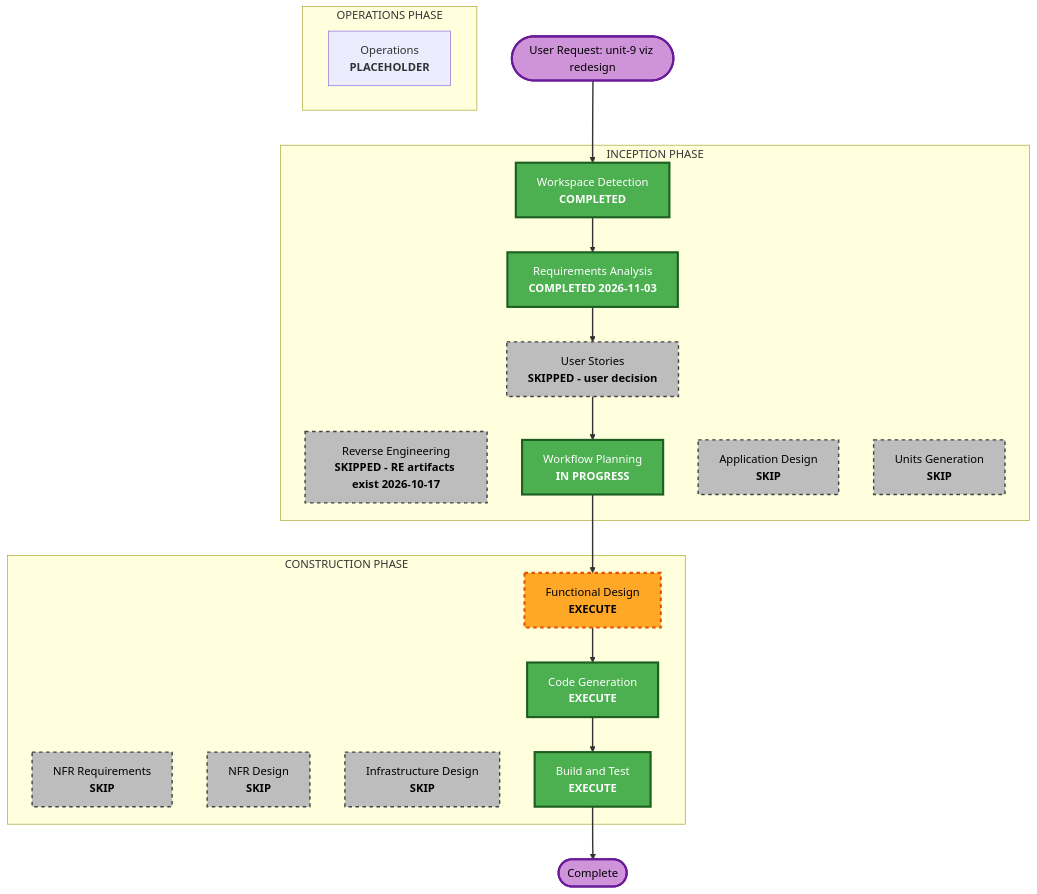
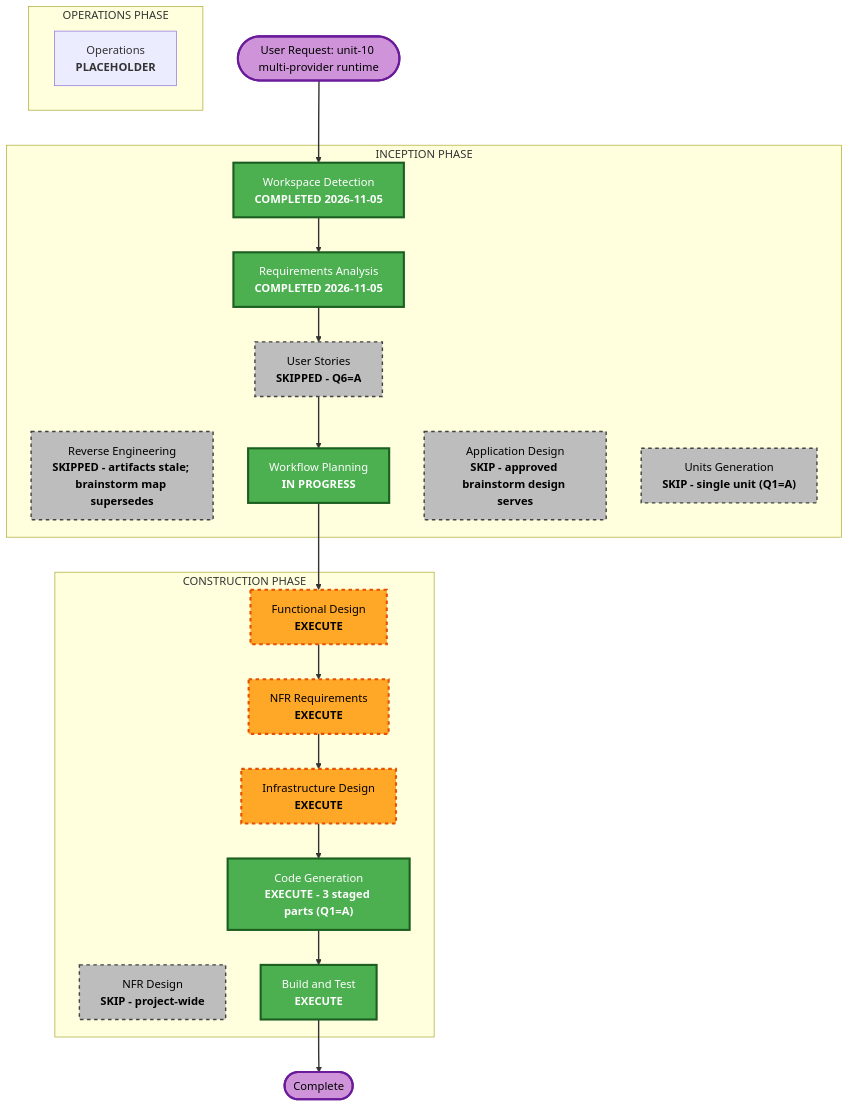
One commit to lukedawilson/agentic-dev-loop changed the diagram in aidlc-docs/inception/plans/execution-plan.md. Above: the diagram before and after it, drawn with Mermaid. The commit also changed other lines of this file and 19 other files, not shown here.

````diff
--- a/aidlc-docs/inception/plans/execution-plan.md
+++ b/aidlc-docs/inception/plans/execution-plan.md
@@ -34,54 +34,56 @@
 ```mermaid
 flowchart TD
-    Start(["User Request: unit-9 viz redesign"])
+    Start(["User Request: unit-10 multi-provider runtime"])
 
     subgraph INCEPTION["INCEPTION PHASE"]
-        WD["Workspace Detection<br/><b>COMPLETED</b>"]
-        RE["Reverse Engineering<br/><b>SKIPPED - RE artifacts exist 2026-10-17</b>"]
-        RA["Requirements Analysis<br/><b>COMPLETED 2026-11-03</b>"]
-        US["User Stories<br/><b>SKIPPED - user decision</b>"]
+        WD["Workspace Detection<br/><b>COMPLETED 2026-11-05</b>"]
+        RE["Reverse Engineering<br/><b>SKIPPED - artifacts stale; brainstorm map supersedes</b>"]
+        RA["Requirements Analysis<br/><b>COMPLETED 2026-11-05</b>"]
+        US["User Stories<br/><b>SKIPPED - Q6=A</b>"]
         WP["Workflow Planning<br/><b>IN PROGRESS</b>"]
-        AD["Application Design<br/><b>SKIP</b>"]
-        UG["Units Generation<br/><b>SKIP</b>"]
+        AD["Application Design<br/><b>SKIP - approved brainstorm design serves</b>"]
+        UG["Units Generation<br/><b>SKIP - single unit (Q1=A)</b>"]
     end
 
     subgraph CONSTRUCTION["CONSTRUCTION PHASE"]
         FD["Functional Design<br/><b>EXECUTE</b>"]
-        NFRA["NFR Requirements<br/><b>SKIP</b>"]
-        NFRD["NFR Design<br/><b>SKIP</b>"]
-        ID["Infrastructure Design<br/><b>SKIP</b>"]
-        CG["Code Generation<br/><b>EXECUTE</b>"]
+        NFRA["NFR Requirements<br/><b>EXECUTE</b>"]
+        NFRD["NFR Design<br/><b>SKIP - project-wide</b>"]
+        ID["Infrastructure Design<br/><b>EXECUTE</b>"]
+        CG["Code Generation<br/><b>EXECUTE - 3 staged parts (Q1=A)</b>"]
         BT["Build and Test<br/><b>EXECUTE</b>"]
     end
 
     subgraph OPERATIONS["OPERATIONS PHASE"]
         OPS["Operations<br/><b>PLACEHOLDER</b>"]
     end
 
     Start --> WD
     WD --> RA
     RA --> US
     US --> WP
     WP --> FD
-    FD --> CG
+    FD --> NFRA
+    NFRA --> ID
+    ID --> CG
     CG --> BT
     BT --> End(["Complete"])
 
     style WD fill:#4CAF50,stroke:#1B5E20,stroke-width:3px,color:#fff
     style RA fill:#4CAF50,stroke:#1B5E20,stroke-width:3px,color:#fff
     style WP fill:#4CAF50,stroke:#1B5E20,stroke-width:3px,color:#fff
     style CG fill:#4CAF50,stroke:#1B5E20,stroke-width:3px,color:#fff
     style BT fill:#4CAF50,stroke:#1B5E20,stroke-width:3px,color:#fff
     style FD fill:#FFA726,stroke:#E65100,stroke-width:3px,stroke-dasharray: 5 5,color:#000
+    style NFRA fill:#FFA726,stroke:#E65100,stroke-width:3px,stroke-dasharray: 5 5,color:#000
+    style ID fill:#FFA726,stroke:#E65100,stroke-width:3px,stroke-dasharray: 5 5,color:#000
     style RE fill:#BDBDBD,stroke:#424242,stroke-width:2px,stroke-dasharray: 5 5,color:#000
     style US fill:#BDBDBD,stroke:#424242,stroke-width:2px,stroke-dasharray: 5 5,color:#000
     style AD fill:#BDBDBD,stroke:#424242,stroke-width:2px,stroke-dasharray: 5 5,color:#000
     style UG fill:#BDBDBD,stroke:#424242,stroke-width:2px,stroke-dasharray: 5 5,color:#000
-    style NFRA fill:#BDBDBD,stroke:#424242,stroke-width:2px,stroke-dasharray: 5 5,color:#000
     style NFRD fill:#BDBDBD,stroke:#424242,stroke-width:2px,stroke-dasharray: 5 5,color:#000
-    style ID fill:#BDBDBD,stroke:#424242,stroke-width:2px,stroke-dasharray: 5 5,color:#000
     style Start fill:#CE93D8,stroke:#6A1B9A,stroke-width:3px,color:#000
     style End fill:#CE93D8,stroke:#6A1B9A,stroke-width:3px,color:#000
 
     linkStyle default stroke:#333,stroke-width:2px
 ```
````
